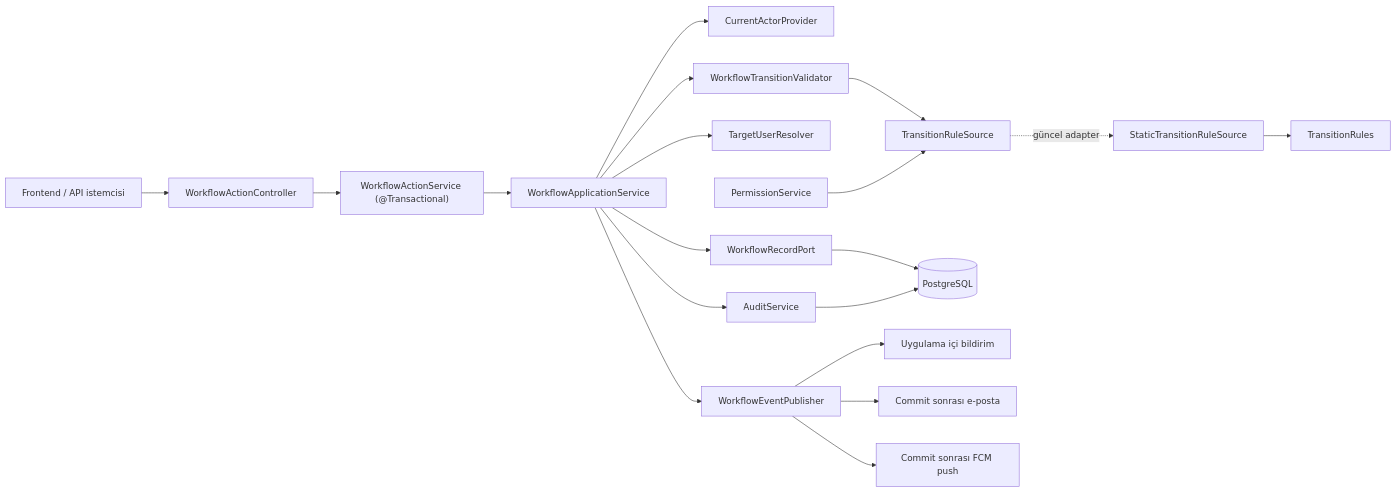
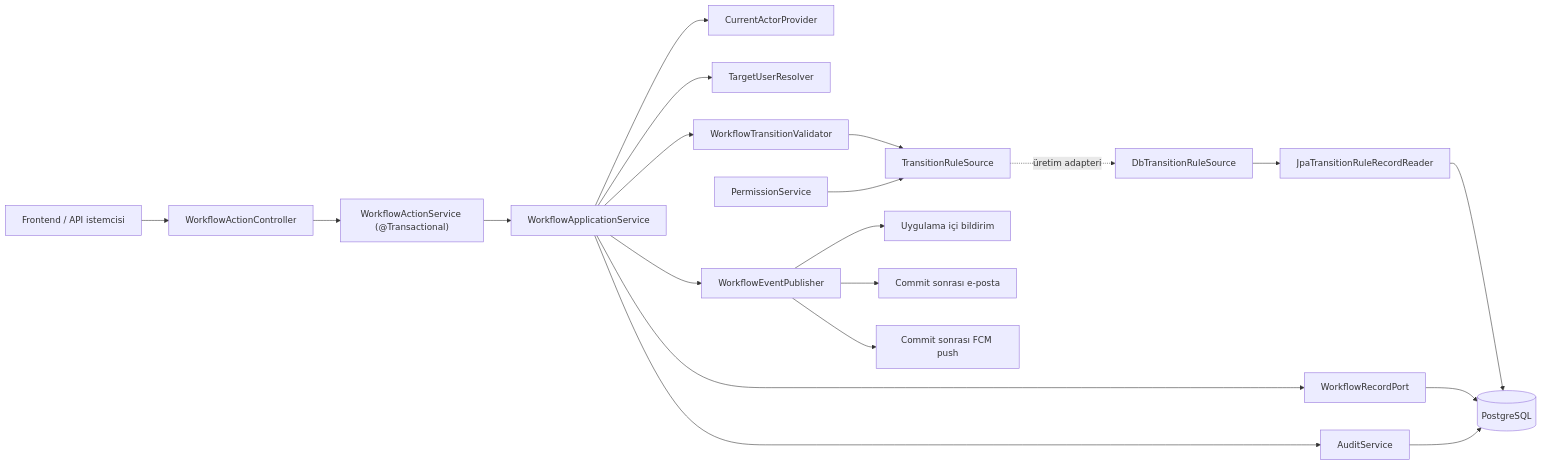
Before and after one commit to btkstajyer26/WorkFlowProject: the first of 3 diagrams in docs/workflow.md, drawn with Mermaid. The commit also changed other lines of this file and 71 other files, not shown here.

````diff
--- a/docs/workflow.md
+++ b/docs/workflow.md
@@ -52,21 +53,22 @@
 ```mermaid
 flowchart LR
     CLIENT["Frontend / API istemcisi"] --> CONTROLLER["WorkflowActionController"]
     CONTROLLER --> TX["WorkflowActionService (@Transactional)"]
     TX --> APP["WorkflowApplicationService"]
     APP --> ACTOR["CurrentActorProvider"]
     APP --> RECORD["WorkflowRecordPort"]
     APP --> TARGET["TargetUserResolver"]
     APP --> VALIDATOR["WorkflowTransitionValidator"]
     VALIDATOR --> SOURCE["TransitionRuleSource"]
     PERMISSION["PermissionService"] --> SOURCE
-    SOURCE -. "güncel adapter" .-> STATIC["StaticTransitionRuleSource"]
-    STATIC --> RULES["TransitionRules"]
+    SOURCE -. "üretim adapteri" .-> SNAPSHOT["DbTransitionRuleSource"]
+    SNAPSHOT --> READER["JpaTransitionRuleRecordReader"]
+    READER --> DB[(PostgreSQL)]
     APP --> AUDIT["AuditService"]
     APP --> EVENT["WorkflowEventPublisher"]
     RECORD --> DB[(PostgreSQL)]
     AUDIT --> DB
     EVENT --> INAPP["Uygulama içi bildirim"]
     EVENT --> MAIL["Commit sonrası e-posta"]
     EVENT --> PUSH["Commit sonrası FCM push"]
 ```
````
